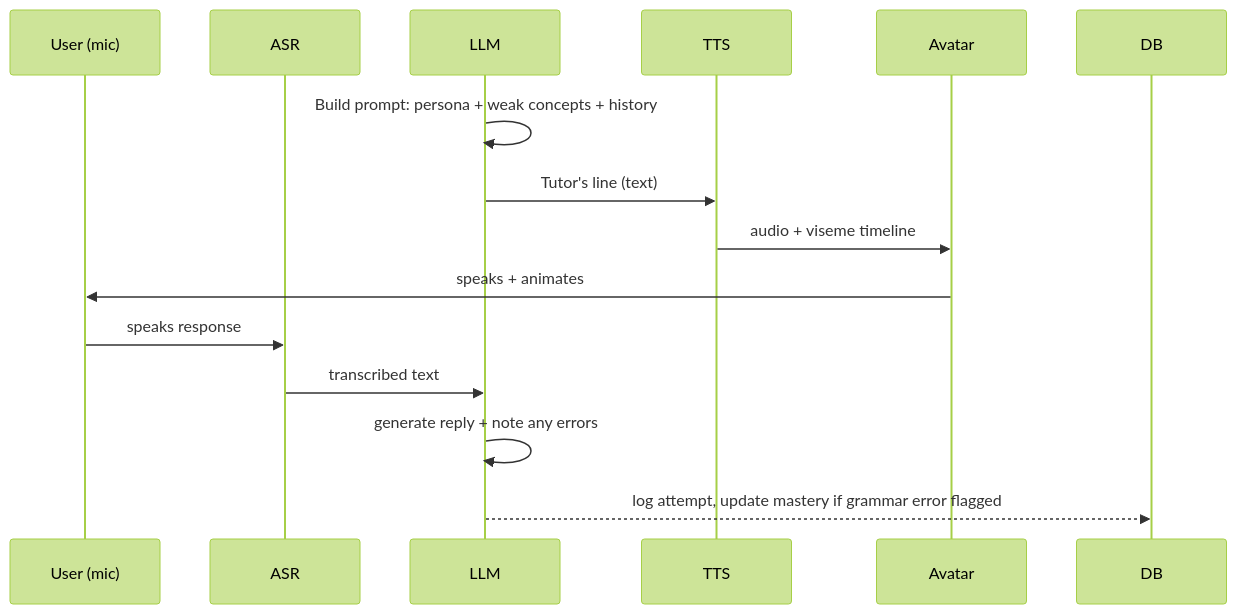
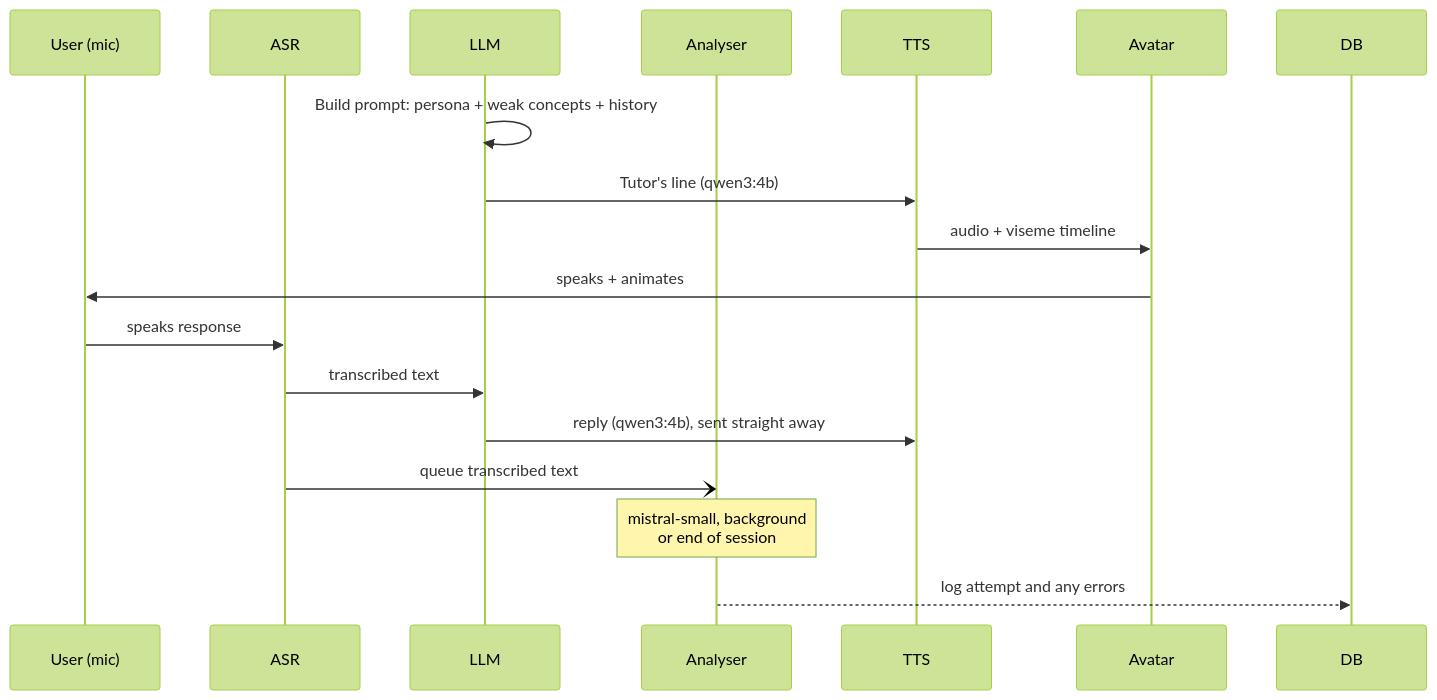
The second of 3 diagrams in planning.md (vaishnaviasawale/French-Tutoring-System), drawn with Mermaid (forest theme) before and after one commit. The commit also changed other lines of this file and 4 other files, not shown here.

````diff
--- a/planning.md
+++ b/planning.md
@@ -169,17 +171,20 @@
 ```mermaid
 sequenceDiagram
     participant U as User (mic)
     participant ASR
     participant LLM
+    participant Analyser
     participant TTS
     participant Avatar
 
     LLM->>LLM: Build prompt: persona + weak concepts + history
-    LLM->>TTS: Tutor's line (text)
+    LLM->>TTS: Tutor's line (qwen3:4b)
     TTS->>Avatar: audio + viseme timeline
     Avatar->>U: speaks + animates
     U->>ASR: speaks response
     ASR->>LLM: transcribed text
-    LLM->>LLM: generate reply + note any errors
-    LLM-->>DB: log attempt, update mastery if grammar error flagged
+    LLM->>TTS: reply (qwen3:4b), sent straight away
+    ASR-)Analyser: queue transcribed text
+    Note over Analyser: mistral-small, background<br/>or end of session
+    Analyser-->>DB: log attempt and any errors
 ```
````
